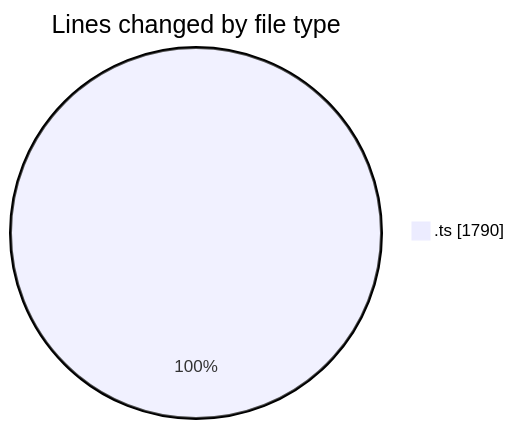
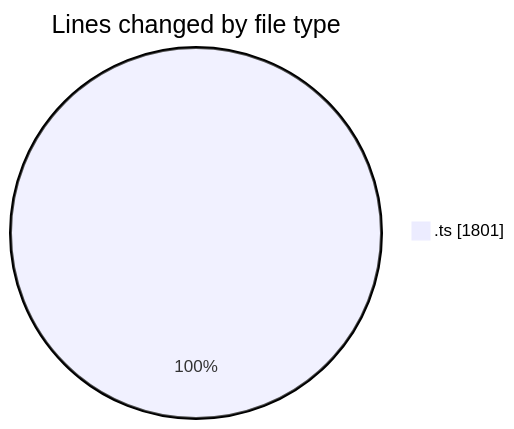
One commit to nxtqubesakshisongat/code-tracking changed the first of 2 diagrams in 2026-03-13/nxtqube_webapp/README.md. Above: the diagram before and after it, drawn with Mermaid. The commit also changed other lines of this file and 1 other file, not shown here.

````diff
--- a/2026-03-13/nxtqube_webapp/README.md
+++ b/2026-03-13/nxtqube_webapp/README.md
@@ -20,5 +20,5 @@
 ```mermaid
 pie showData
 title Lines changed by file type
-".ts" : 1790
+".ts" : 1801
 ```
````
